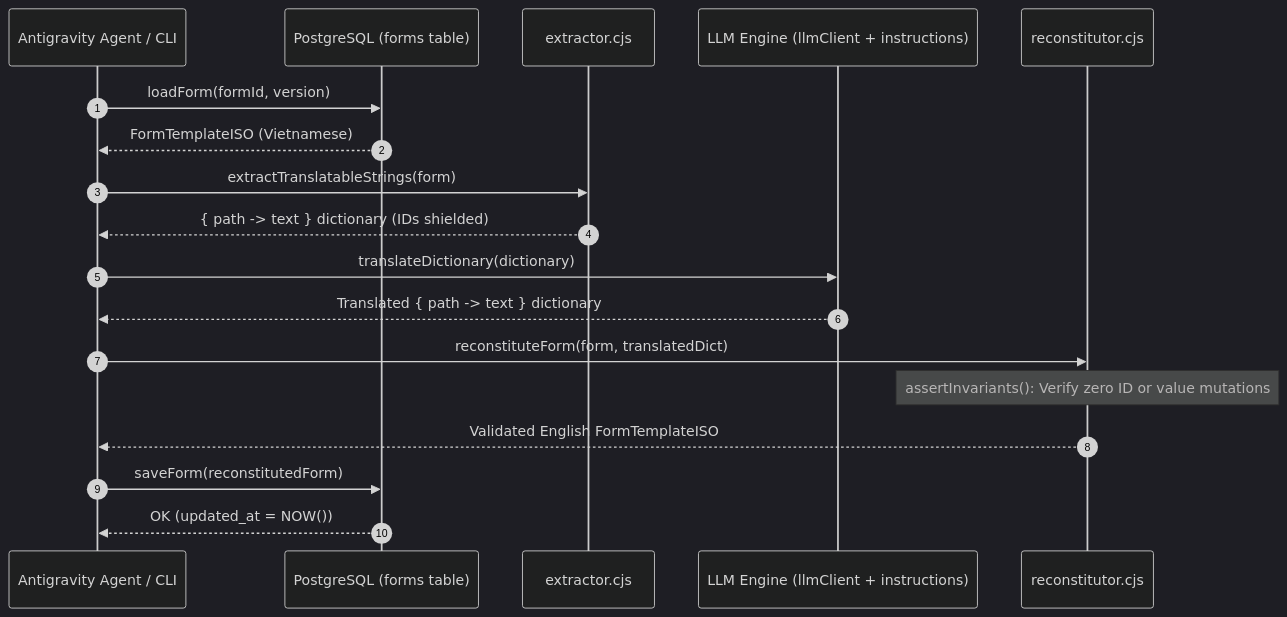
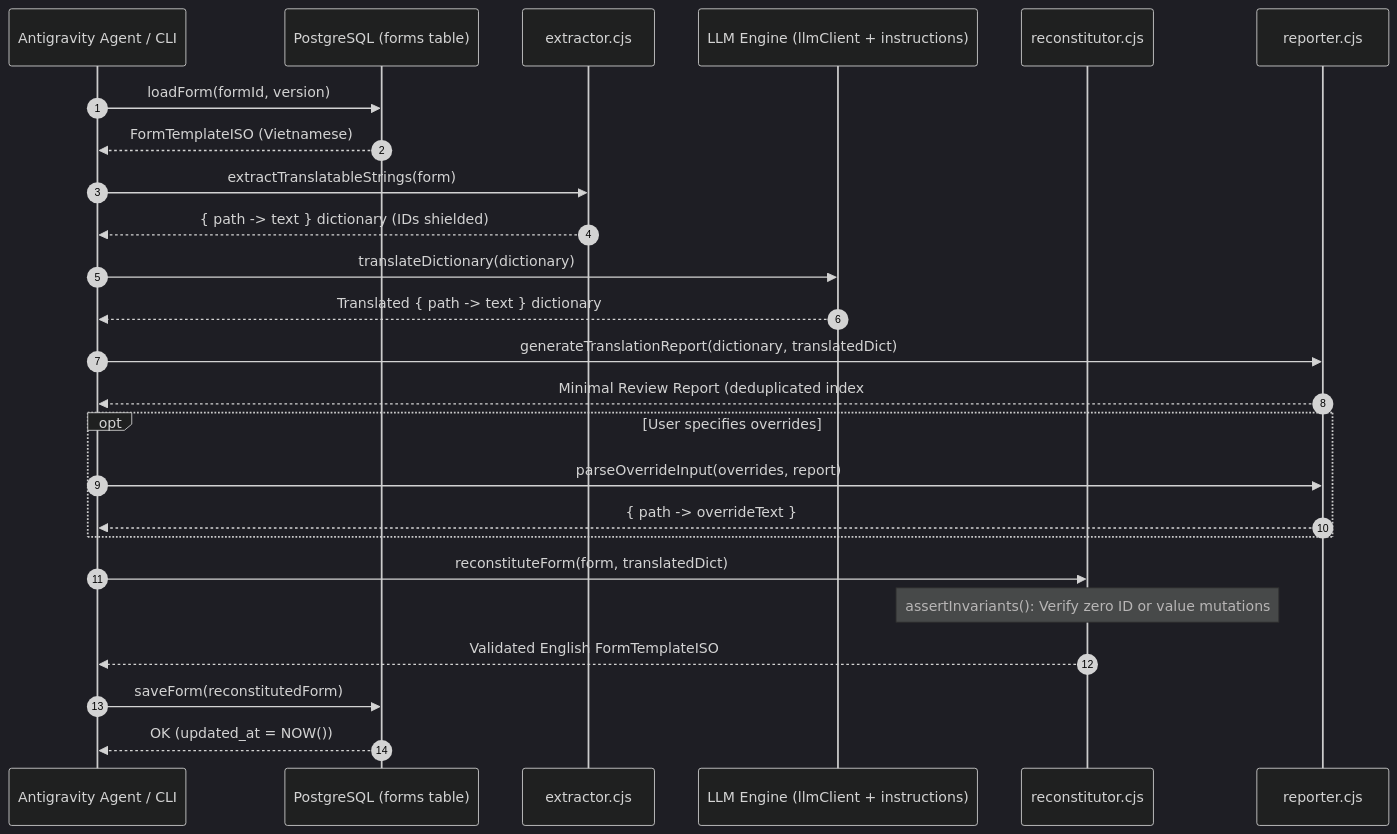
Before and after one commit to duyarc/process-design: the diagram in DESIGN_TRANSLATOR.md, drawn with Mermaid (dark theme). The commit also changed other lines of this file and 5 other files, not shown here.

Commit message:
feat(translator): add minimal post-translation review report and user override protocol

````diff
--- a/DESIGN_TRANSLATOR.md
+++ b/DESIGN_TRANSLATOR.md
@@ -54,21 +55,28 @@
 ```mermaid
 sequenceDiagram
     autonumber
     participant AGENT as Antigravity Agent / CLI
     participant DB as PostgreSQL (forms table)
     participant EXT as extractor.cjs
     participant LLM as LLM Engine (llmClient + instructions)
     participant REC as reconstitutor.cjs
+    participant REP as reporter.cjs
 
     AGENT->>DB: loadForm(formId, version)
     DB-->>AGENT: FormTemplateISO (Vietnamese)
     AGENT->>EXT: extractTranslatableStrings(form)
     EXT-->>AGENT: { path -> text } dictionary (IDs shielded)
     AGENT->>LLM: translateDictionary(dictionary)
     LLM-->>AGENT: Translated { path -> text } dictionary
+    AGENT->>REP: generateTranslationReport(dictionary, translatedDict)
+    REP-->>AGENT: Minimal Review Report (deduplicated index #)
+    opt User specifies overrides
+        AGENT->>REP: parseOverrideInput(overrides, report)
+        REP-->>AGENT: { path -> overrideText }
+    end
     AGENT->>REC: reconstituteForm(form, translatedDict)
     Note over REC: assertInvariants(): Verify zero ID or value mutations
     REC-->>AGENT: Validated English FormTemplateISO
     AGENT->>DB: saveForm(reconstitutedForm)
     DB-->>AGENT: OK (updated_at = NOW())
 ```
````
